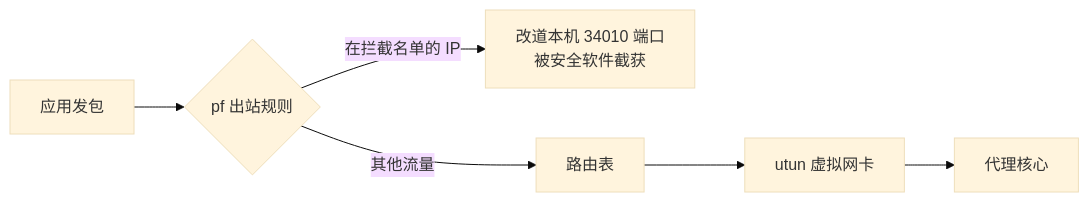
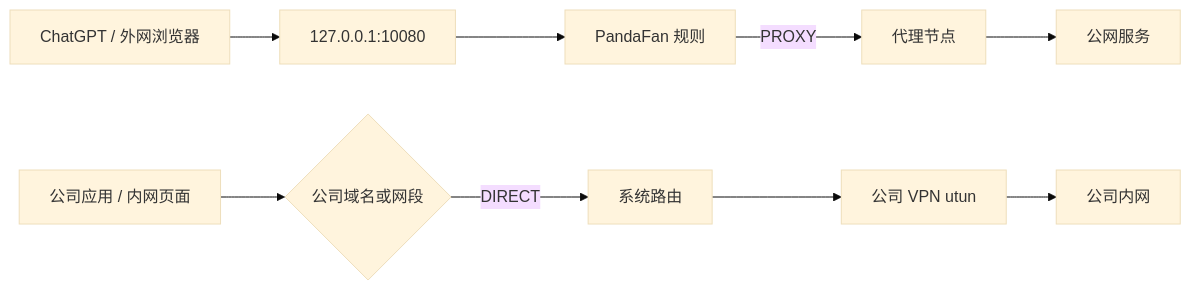
The diagram in _life/2026-08-19-mac-tun-dns-fakeip-troubleshooting.md (puppylpg/puppylpg.github.io), drawn with Mermaid (base theme) before and after one commit. The commit also changed other lines of this file, not shown here.

Commit message:
更新：补全 Mac 代理排障与 ChatGPT 启动方案

````diff
--- a/_life/2026-08-19-mac-tun-dns-fakeip-troubleshooting.md
+++ b/_life/2026-08-19-mac-tun-dns-fakeip-troubleshooting.md
@@ -125,8 +53,12 @@
 ```mermaid
 flowchart LR
-    A[应用发包] --> B{pf 出站规则}
-    B -->|在拦截名单的 IP| C[改道本机 34010 端口<br>被安全软件截获]
-    B -->|其他流量| D[路由表]
-    D --> E[utun 虚拟网卡]
-    E --> F[代理核心]
+    A[ChatGPT / 外网浏览器] --> B[127.0.0.1:10080]
+    B --> C[PandaFan 规则]
+    C -->|PROXY| D[代理节点]
+    D --> E[公网服务]
+
+    F[公司应用 / 内网页面] --> G{公司域名或网段}
+    G -->|DIRECT| H[系统路由]
+    H --> I[公司 VPN utun]
+    I --> J[公司内网]
 ```
````
